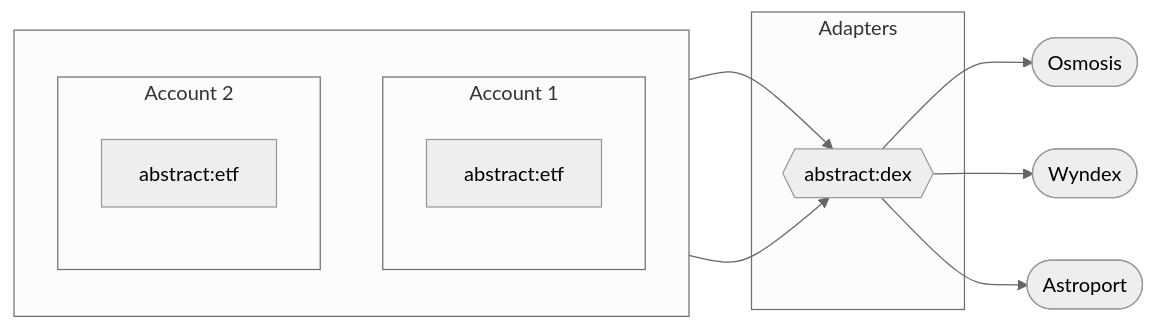
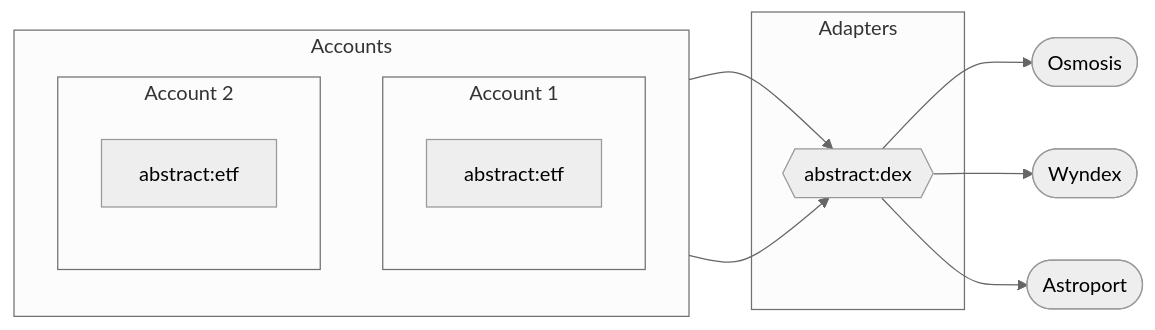
One commit to AbstractSDK/abstract changed the diagram in framework/docs/src/3_framework/7_module_types.md. Above: the diagram before and after it, drawn with Mermaid (neutral theme). The commit also changed other lines of this file and 5 other files, not shown here.

````diff
--- a/framework/docs/src/3_framework/7_module_types.md
+++ b/framework/docs/src/3_framework/7_module_types.md
@@ -37,23 +60,23 @@
 ```mermaid
 flowchart LR
-	subgraph Accounts[" "]
-		direction BT
-		subgraph Acc1["Account 1"]
-		    App1["abstract:etf"]
-		end
-		subgraph Acc2["Account 2"]
-			App2["abstract:etf"]
-		end
-  end
+    subgraph Accounts
+        direction BT
+        subgraph Acc1["Account 1"]
+            App1["abstract:etf"]
+        end
+        subgraph Acc2["Account 2"]
+            App2["abstract:etf"]
+        end
+    end
 
 
-  subgraph Adapters
-	  Acc1-->Adapter1{{"abstract:dex"}}
-	  Acc2-->Adapter1
-  end
-  
-  Adapter1-->dex1([Osmosis])
-  Adapter1-->dex2([Wyndex])
-  Adapter1-->dex3([Astroport])
+    subgraph Adapters
+        Acc1 --> Adapter1{{"abstract:dex"}}
+        Acc2 --> Adapter1
+    end
+
+    Adapter1 --> dex1([Osmosis])
+    Adapter1 --> dex2([Wyndex])
+    Adapter1 --> dex3([Astroport])
 
 ```
````
